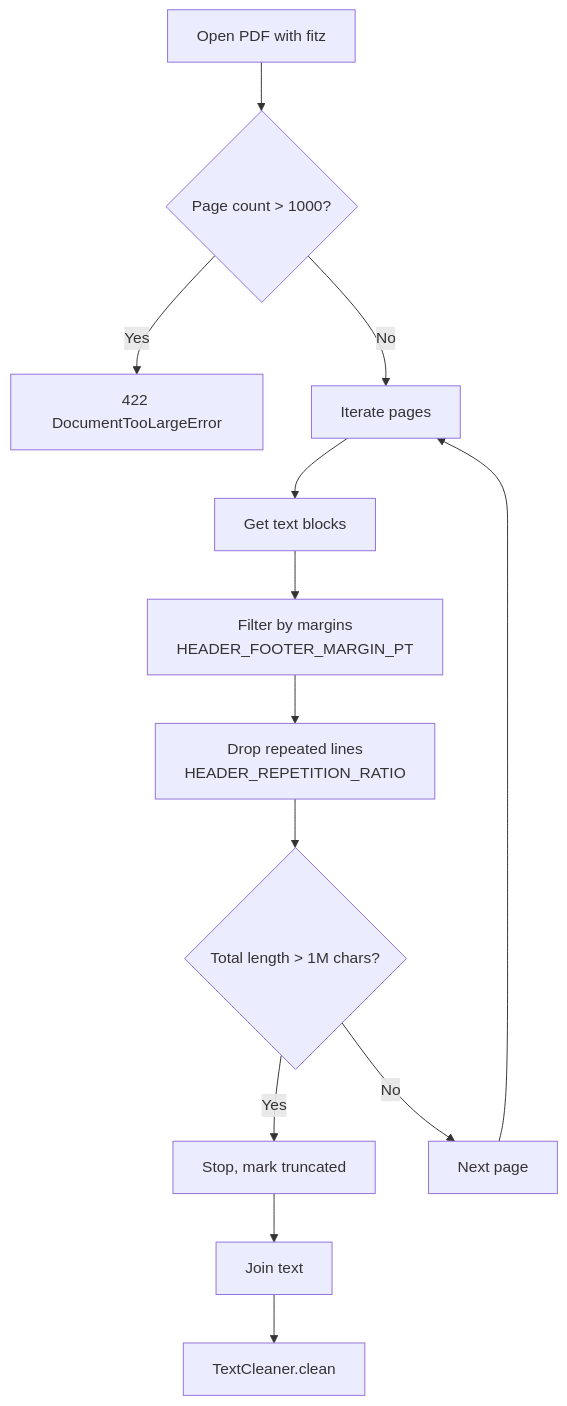
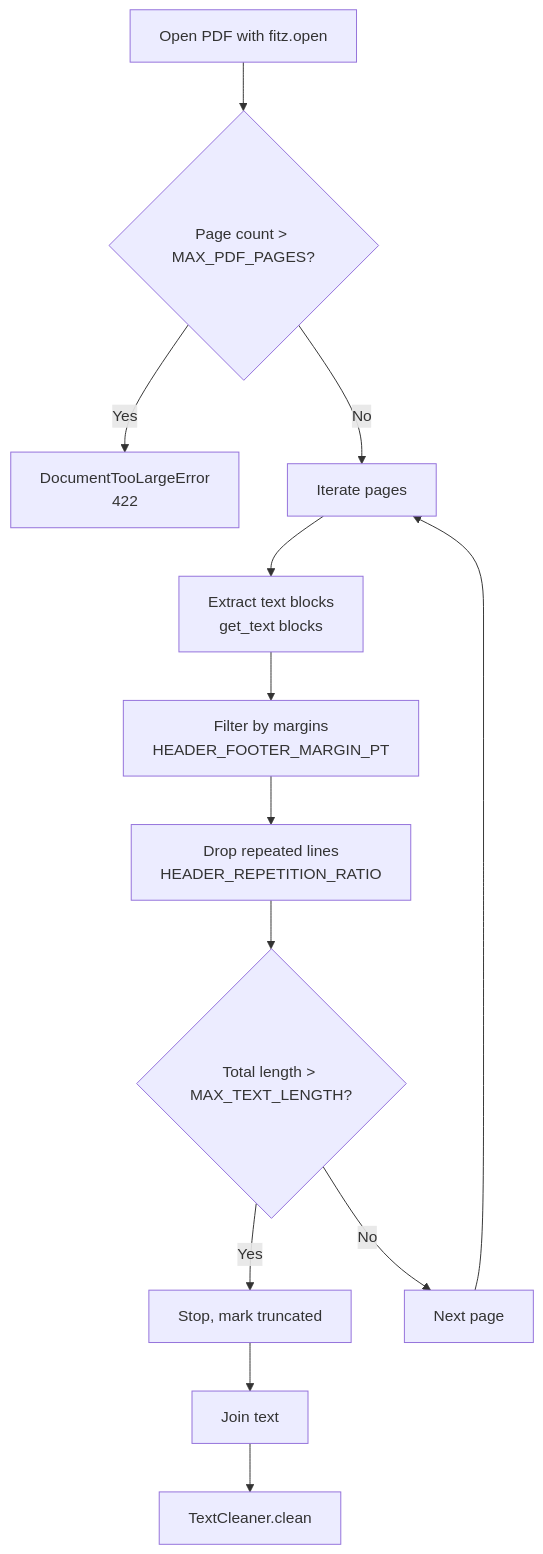
The second of 4 diagrams in services/document-parser/docs/concepts/extraction-strategies.md (kunalPisolkar24/detectAI), drawn with Mermaid before and after one commit. The commit also changed other lines of this file and 9 other files, not shown here.

````diff
--- a/services/document-parser/docs/concepts/extraction-strategies.md
+++ b/services/document-parser/docs/concepts/extraction-strategies.md
@@ -36,15 +36,15 @@
 ```mermaid
 graph TB
-    A[Open PDF with fitz] --> B{Page count > 1000?}
-    B -->|Yes| C[422 DocumentTooLargeError]
+    A[Open PDF with fitz.open] --> B{Page count > MAX_PDF_PAGES?}
+    B -->|Yes| C[DocumentTooLargeError<br/>422]
     B -->|No| D[Iterate pages]
-    D --> E[Get text blocks]
+    D --> E[Extract text blocks<br/>get_text blocks]
     E --> F[Filter by margins<br/>HEADER_FOOTER_MARGIN_PT]
     F --> G[Drop repeated lines<br/>HEADER_REPETITION_RATIO]
-    G --> H{Total length > 1M chars?}
+    G --> H{Total length > MAX_TEXT_LENGTH?}
     H -->|Yes| I[Stop, mark truncated]
     H -->|No| J[Next page]
     J --> D
     I --> K[Join text]
     K --> L[TextCleaner.clean]
 ```
````
